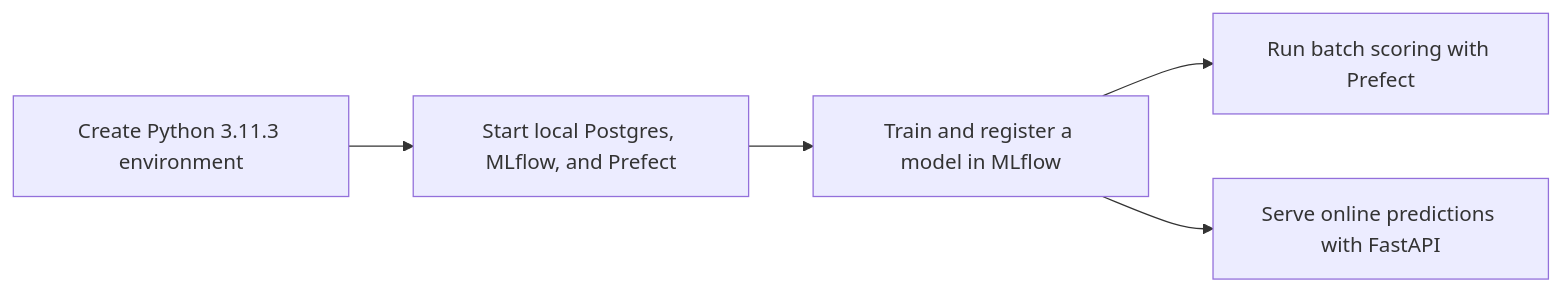
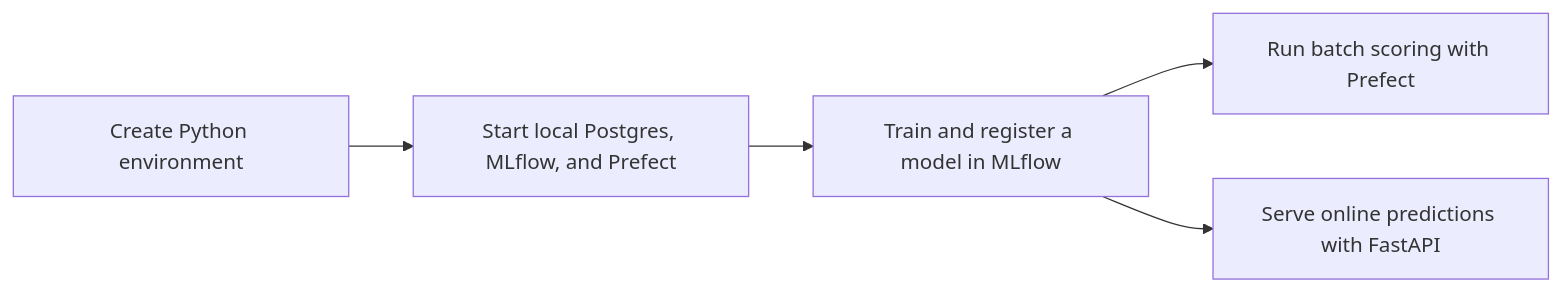
Before and after one commit to bootcampyoussef/mle-batch-and-streaming-predictions: the diagram in README.md, drawn with Mermaid. The commit also changed other lines of this file and 2 other files, not shown here.

````diff
--- a/README.md
+++ b/README.md
@@ -8,7 +8,7 @@
 ```mermaid
 flowchart LR
-    A["Create Python 3.11.3 environment"] --> B["Start local Postgres, MLflow, and Prefect"]
+    A["Create Python environment"] --> B["Start local Postgres, MLflow, and Prefect"]
     B --> C["Train and register a model in MLflow"]
     C --> D["Run batch scoring with Prefect"]
     C --> E["Serve online predictions with FastAPI"]
 ```
````
